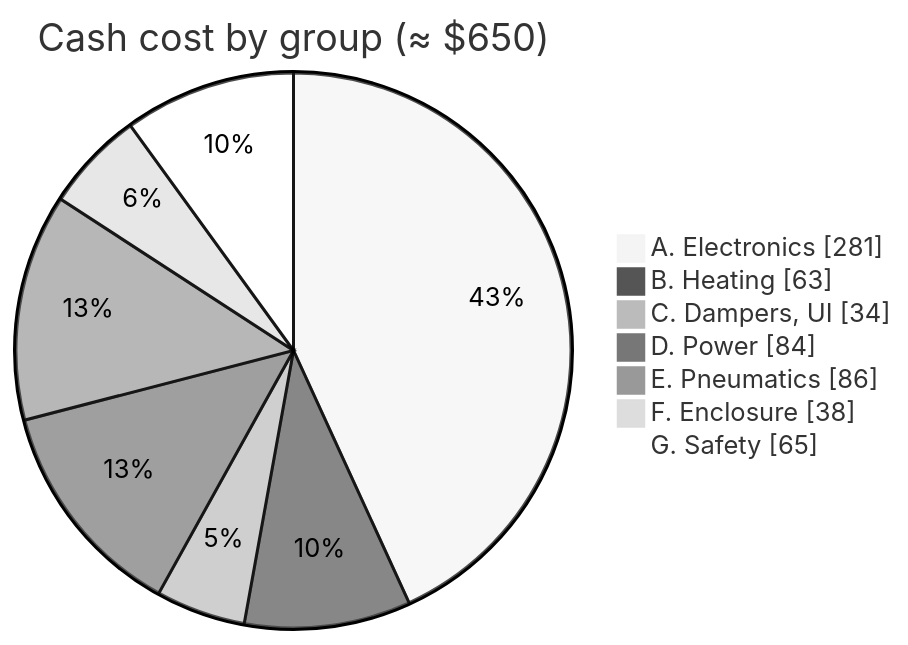
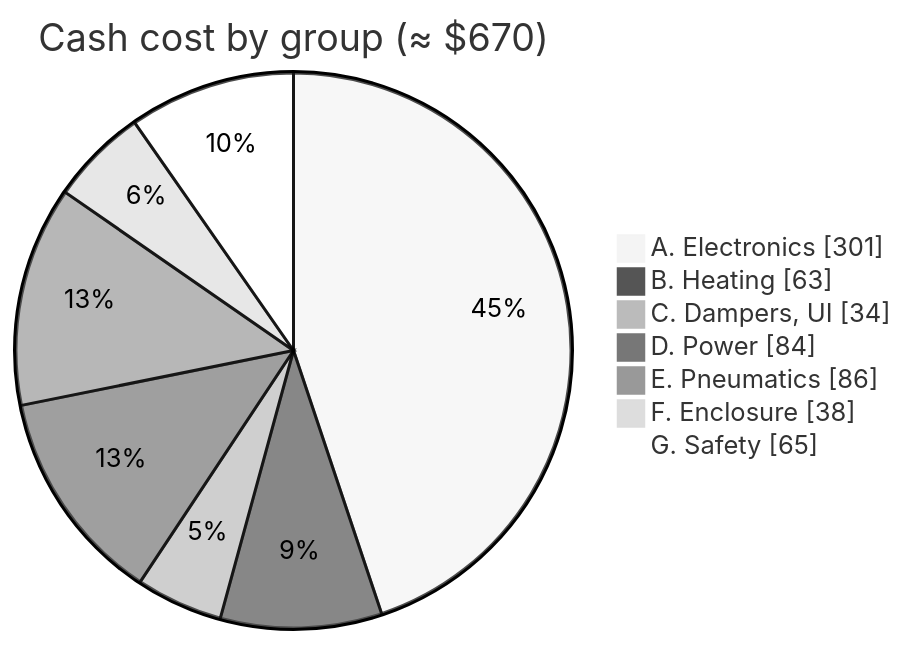
One commit to BashfulBits/3dp-fleet-exhaust changed the diagram in docs/03_bill_of_materials.md. Above: the diagram before and after it, drawn with Mermaid (neutral theme). The commit also changed other lines of this file and 7 other files, not shown here.

````diff
--- a/docs/03_bill_of_materials.md
+++ b/docs/03_bill_of_materials.md
@@ -28,11 +28,11 @@
 ```mermaid
 pie showData
-  title Cash cost by group (≈ $650)
-  "A. Electronics" : 281
+  title Cash cost by group (≈ $670)
+  "A. Electronics" : 301
   "B. Heating" : 63
   "C. Dampers, UI" : 34
   "D. Power" : 84
   "E. Pneumatics" : 86
   "F. Enclosure" : 38
   "G. Safety" : 65
 ```
````
